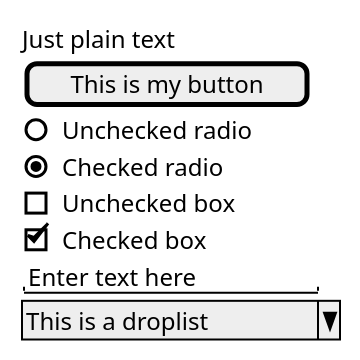
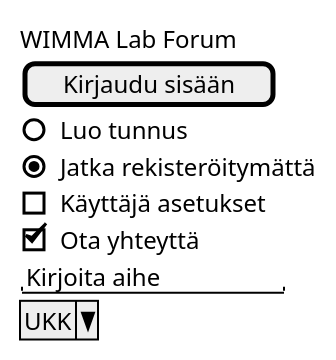
The third of 6 diagrams in dokumentit/20-Vaatimustenhallinta/vaatimusmaaritely-tiivis.md (ninaleo/S2021-AB5160-core), drawn with PlantUML before and after one commit. The commit also changed other lines of this file, not shown here.

````diff
--- a/dokumentit/20-Vaatimustenhallinta/vaatimusmaaritely-tiivis.md
+++ b/dokumentit/20-Vaatimustenhallinta/vaatimusmaaritely-tiivis.md
@@ -109,13 +113,13 @@
 ```plantuml
 salt
 {
-  Just plain text
-  [This is my button]
-  ()  Unchecked radio
-  (X) Checked radio
-  []  Unchecked box
-  [X] Checked box
-  "Enter text here   "
-  ^This is a droplist^
+  WIMMA Lab Forum
+  [Kirjaudu sisään]
+  ()  Luo tunnus
+  (X) Jatka rekisteröitymättä
+  []  Käyttäjä asetukset
+  [X] Ota yhteyttä
+  "Kirjoita aihe   "
+  ^UKK^
 }
 ```
````
